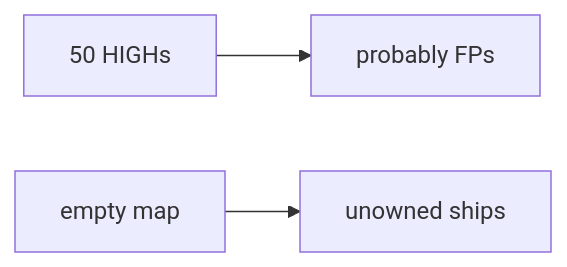
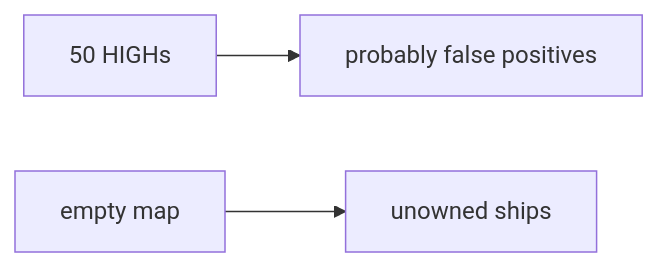
Before and after one commit to ishitvagoel/LearnSecurity: the diagram in content/modules/9/9.4/lessons/07-transfer.md, drawn with Mermaid. The commit also changed other lines of this file and 39 other files, not shown here.

````diff
--- a/content/modules/9/9.4/lessons/07-transfer.md
+++ b/content/modules/9/9.4/lessons/07-transfer.md
@@ -26,5 +26,5 @@
 ```mermaid
 flowchart LR
-  Fifty[50 HIGHs] --> Belief[probably FPs]
+  Fifty[50 HIGHs] --> Belief[probably false positives]
   Empty[empty map] --> Reality[unowned ships]
 ```
````
